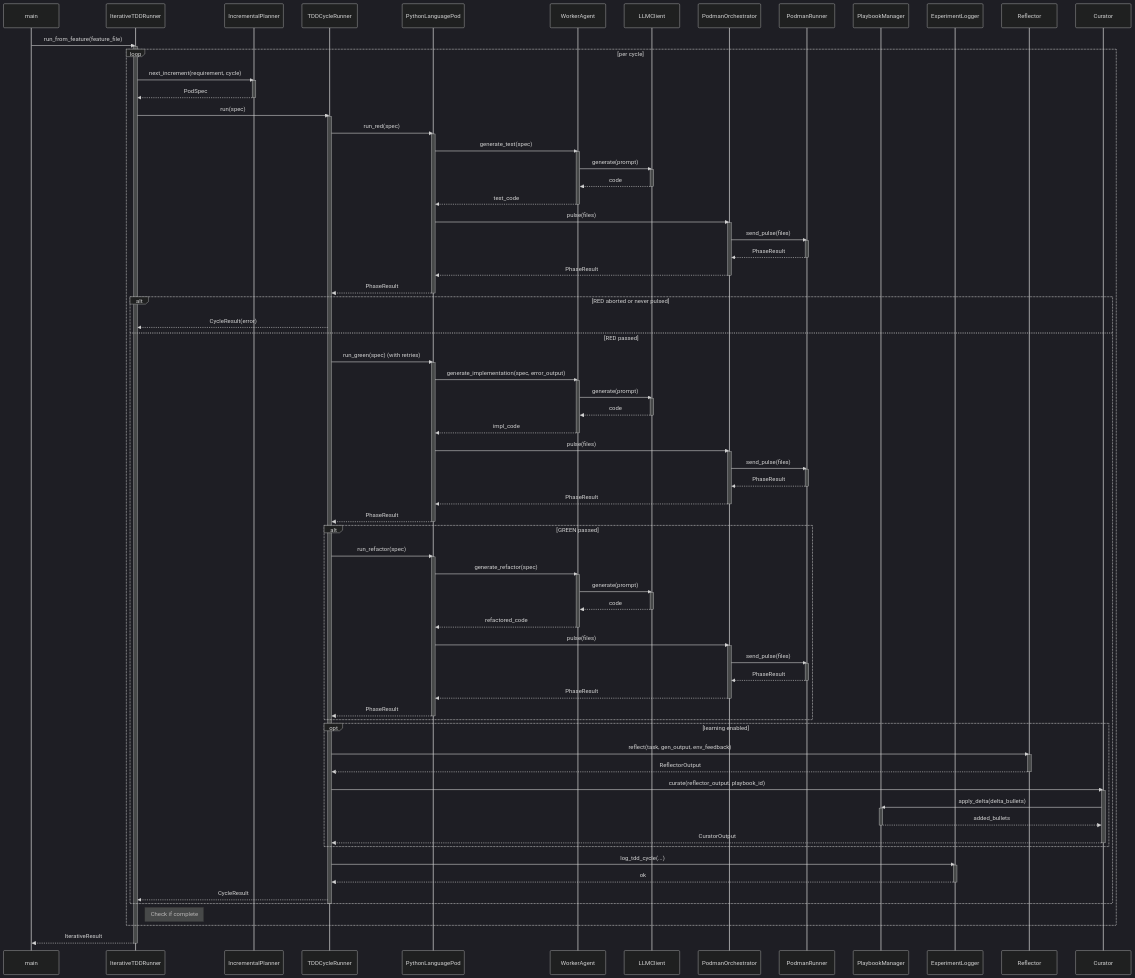
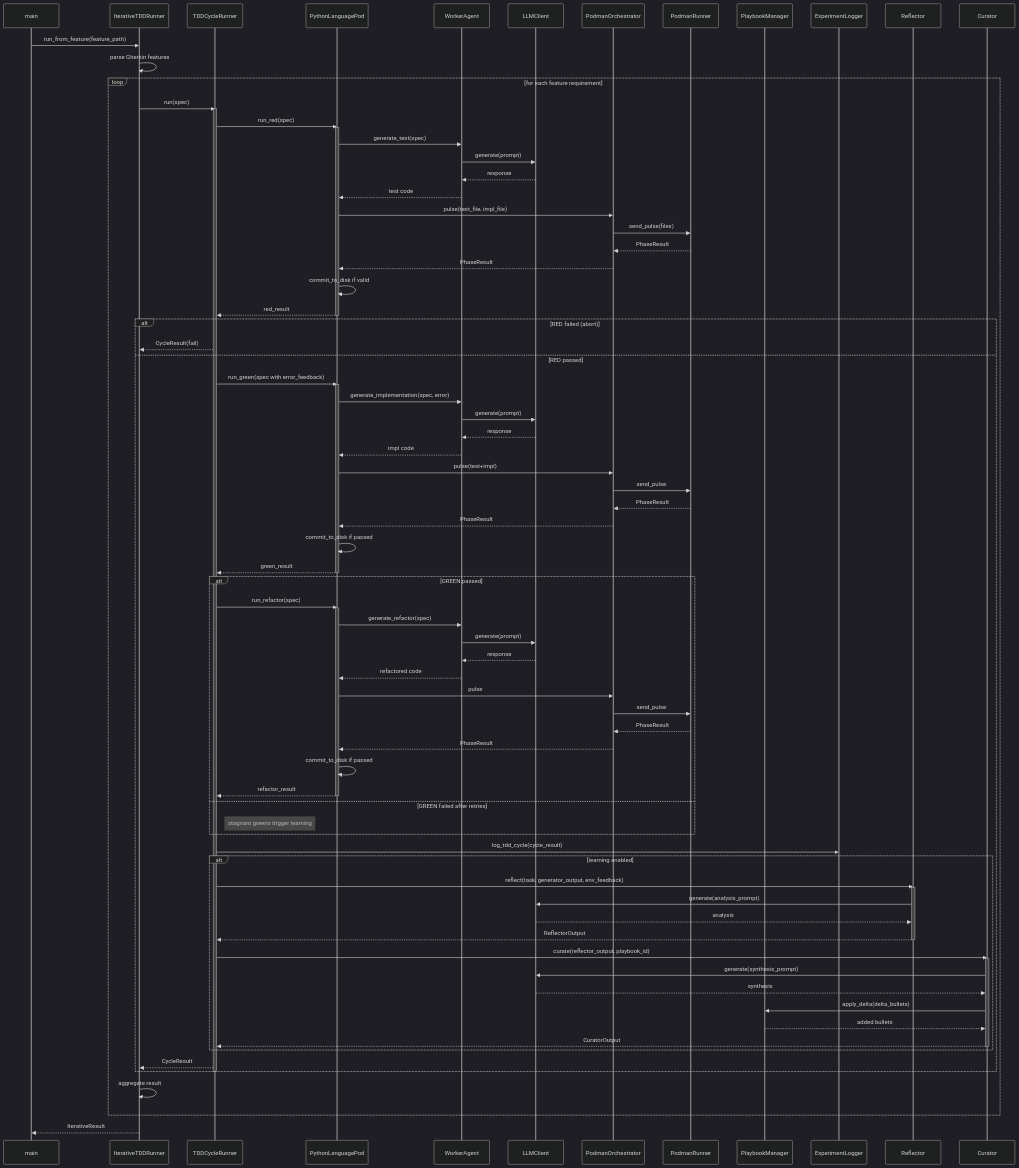
The diagram in docs/SYSTEM_ARCHITECTURE.md (carlhuxley/ace_enterprise), drawn with Mermaid (dark theme) before and after one commit. The commit also changed other lines of this file and 11 other files, not shown here.

````diff
--- a/docs/SYSTEM_ARCHITECTURE.md
+++ b/docs/SYSTEM_ARCHITECTURE.md
@@ -43,116 +41,90 @@
 ```mermaid
 sequenceDiagram
     participant Main as main
-    participant Runner as IterativeTDDRunner
-    participant Planner as IncrementalPlanner
-    participant Cycle as TDDCycleRunner
-    participant Pod as PythonLanguagePod
-    participant Worker as WorkerAgent
+    participant ITR as IterativeTDDRunner
+    participant TCR as TDDCycleRunner
+    participant PLP as PythonLanguagePod
+    participant WA as WorkerAgent
     participant LLM as LLMClient
-    participant Orch as PodmanOrchestrator
-    participant Cont as PodmanRunner
-    participant PB as PlaybookManager
-    participant Log as ExperimentLogger
-    participant Refl as Reflector
-    participant Cur as Curator
+    participant PO as PodmanOrchestrator
+    participant PR as PodmanRunner
+    participant PM as PlaybookManager
+    participant EL as ExperimentLogger
+    participant RF as Reflector
+    participant CU as Curator
 
-    Main->>Runner: run_from_feature(feature_file)
-    activate Runner
-    loop per cycle
-        Runner->>Planner: next_increment(requirement, cycle)
-        activate Planner
-        Planner-->>Runner: PodSpec
-        deactivate Planner
-        Runner->>Cycle: run(spec)
-        activate Cycle
-        Cycle->>Pod: run_red(spec)
-        activate Pod
-        Pod->>Worker: generate_test(spec)
-        activate Worker
-        Worker->>LLM: generate(prompt)
-        activate LLM
-        LLM-->>Worker: code
-        deactivate LLM
-        Worker-->>Pod: test_code
-        deactivate Worker
-        Pod->>Orch: pulse(files)
-        activate Orch
-        Orch->>Cont: send_pulse(files)
-        activate Cont
-        Cont-->>Orch: PhaseResult
-        deactivate Cont
-        Orch-->>Pod: PhaseResult
-        deactivate Orch
-        Pod-->>Cycle: PhaseResult
-        deactivate Pod
-        alt RED aborted or never pulsed
-            Cycle-->>Runner: CycleResult(error)
+    Main->>ITR: run_from_feature(feature_path)
+    ITR->>ITR: parse Gherkin features
+    loop for each feature requirement
+        ITR->>TCR: run(spec)
+        activate TCR
+        TCR->>PLP: run_red(spec)
+        activate PLP
+        PLP->>WA: generate_test(spec)
+        WA->>LLM: generate(prompt)
+        LLM-->>WA: response
+        WA-->>PLP: test code
+        PLP->>PO: pulse(test_file, impl_file)
+        PO->>PR: send_pulse(files)
+        PR-->>PO: PhaseResult
+        PO-->>PLP: PhaseResult
+        PLP->>PLP: commit_to_disk if valid
+        PLP-->>TCR: red_result
+        deactivate PLP
+        alt RED failed (abort)
+            TCR-->>ITR: CycleResult(fail)
         else RED passed
-            Cycle->>Pod: run_green(spec) (with retries)
-            activate Pod
-            Pod->>Worker: generate_implementation(spec, error_output)
-            activate Worker
-            Worker->>LLM: generate(prompt)
-            activate LLM
-            LLM-->>Worker: code
-            deactivate LLM
-            Worker-->>Pod: impl_code
-            deactivate Worker
-            Pod->>Orch: pulse(files)
-            activate Orch
-            Orch->>Cont: send_pulse(files)
-            activate Cont
-            Cont-->>Orch: PhaseResult
-            deactivate Cont
-            Orch-->>Pod: PhaseResult
-            deactivate Orch
-            Pod-->>Cycle: PhaseResult
-            deactivate Pod
+            TCR->>PLP: run_green(spec with error_feedback)
+            activate PLP
+            PLP->>WA: generate_implementation(spec, error)
+            WA->>LLM: generate(prompt)
+            LLM-->>WA: response
+            WA-->>PLP: impl code
+            PLP->>PO: pulse(test+impl)
+            PO->>PR: send_pulse
+            PR-->>PO: PhaseResult
+            PO-->>PLP: PhaseResult
+            PLP->>PLP: commit_to_disk if passed
+            PLP-->>TCR: green_result
+            deactivate PLP
             alt GREEN passed
-                Cycle->>Pod: run_refactor(spec)
-                activate Pod
-                Pod->>Worker: generate_refactor(spec)
-                activate Worker
-                Worker->>LLM: generate(prompt)
-                activate LLM
-                LLM-->>Worker: code
-                deactivate LLM
-                Worker-->>Pod: refactored_code
-                deactivate Worker
-                Pod->>Orch: pulse(files)
-                activate Orch
-                Orch->>Cont: send_pulse(files)
-                activate Cont
-                Cont-->>Orch: PhaseResult
-                deactivate Cont
-                Orch-->>Pod: PhaseResult
-                deactivate Orch
-                Pod-->>Cycle: PhaseResult
-                deactivate Pod
+                TCR->>PLP: run_refactor(spec)
+                activate PLP
+                PLP->>WA: generate_refactor(spec)
+                WA->>LLM: generate(prompt)
+                LLM-->>WA: response
+                WA-->>PLP: refactored code
+                PLP->>PO: pulse
+                PO->>PR: send_pulse
+                PR-->>PO: PhaseResult
+                PO-->>PLP: PhaseResult
+                PLP->>PLP: commit_to_disk if passed
+                PLP-->>TCR: refactor_result
+                deactivate PLP
+            else GREEN failed after retries
+                Note right of TCR: stagnant greens trigger learning
             end
-            opt learning enabled
-                Cycle->>Refl: reflect(task, gen_output, env_feedback)
-                activate Refl
-                Refl-->>Cycle: ReflectorOutput
-                deactivate Refl
-                Cycle->>Cur: curate(reflector_output, playbook_id)
-                activate Cur
-                Cur->>PB: apply_delta(delta_bullets)
-                activate PB
-                PB-->>Cur: added_bullets
-                deactivate PB
-                Cur-->>Cycle: CuratorOutput
-                deactivate Cur
+            TCR->>EL: log_tdd_cycle(cycle_result)
+            alt learning enabled
+                TCR->>RF: reflect(task, generator_output, env_feedback)
+                activate RF
+                RF->>LLM: generate(analysis_prompt)
+                LLM-->>RF: analysis
+                RF-->>TCR: ReflectorOutput
+                deactivate RF
+                TCR->>CU: curate(reflector_output, playbook_id)
+                activate CU
+                CU->>LLM: generate(synthesis_prompt)
+                LLM-->>CU: synthesis
+                CU->>PM: apply_delta(delta_bullets)
+                PM-->>CU: added bullets
+                CU-->>TCR: CuratorOutput
+                deactivate CU
             end
-            Cycle->>Log: log_tdd_cycle(...)
-            activate Log
-            Log-->>Cycle: ok
-            deactivate Log
-            Cycle-->>Runner: CycleResult
+            TCR-->>ITR: CycleResult
         end
-        deactivate Cycle
-        Note right of Runner: Check if complete
+        deactivate TCR
+        ITR->>ITR: aggregate result
     end
-    Runner-->>Main: IterativeResult
-    deactivate Runner
+    ITR-->>Main: IterativeResult
 ```
````
